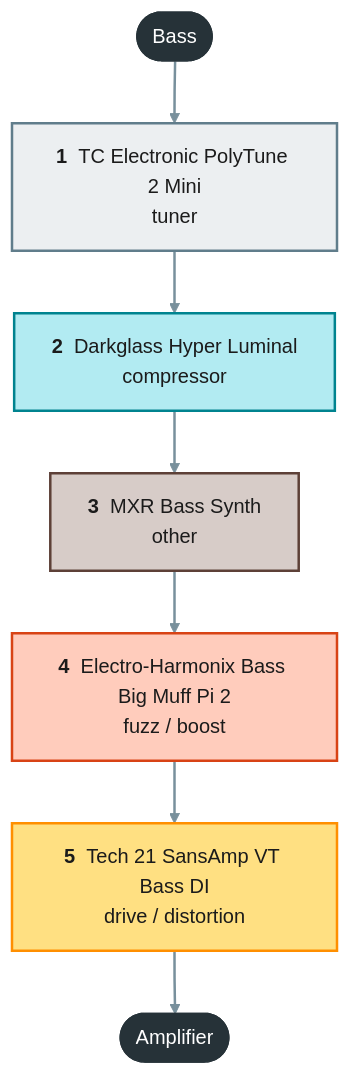
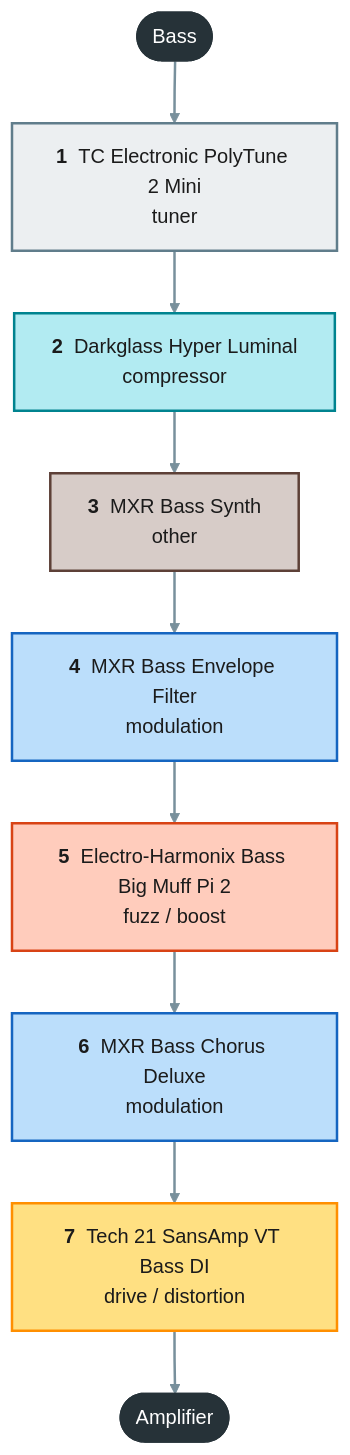
The diagram in projects/bass/signal-chain.mmd (pedroacvieira/pedalboard), drawn with Mermaid (forest theme) before and after one commit. The commit also changed 22 other files, not shown here.

Commit message:
Layouts of all three boards; bass on the XPND 1 + extension with the MXR Bass Envelope Filter and Bass Chorus Deluxe; practice with the Tube Screamer Mini; owner's jacks and footswitches

```diff
--- a/projects/bass/signal-chain.mmd
+++ b/projects/bass/signal-chain.mmd
@@ -1,16 +1,19 @@
 flowchart TB
     guitar(["Bass"]):::endpoint
     polytune_2_mini["<b>1</b> &nbsp;TC Electronic PolyTune 2 Mini<br/>tuner"]:::c_tuner
     darkglass_hyper_luminal["<b>2</b> &nbsp;Darkglass Hyper Luminal<br/>compressor"]:::c_compressor
     mxr_bass_synth["<b>3</b> &nbsp;MXR Bass Synth<br/>other"]:::c_other
-    ehx_bass_big_muff_2["<b>4</b> &nbsp;Electro-Harmonix Bass Big Muff Pi 2<br/>fuzz / boost"]:::c_fuzz___boost
-    tech21_vt_bass_di["<b>5</b> &nbsp;Tech 21 SansAmp VT Bass DI<br/>drive / distortion"]:::c_drive___distortion
+    mxr_bass_envelope_filter["<b>4</b> &nbsp;MXR Bass Envelope Filter<br/>modulation"]:::c_modulation
+    ehx_bass_big_muff_2["<b>5</b> &nbsp;Electro-Harmonix Bass Big Muff Pi 2<br/>fuzz / boost"]:::c_fuzz___boost
+    mxr_bass_chorus_deluxe["<b>6</b> &nbsp;MXR Bass Chorus Deluxe<br/>modulation"]:::c_modulation
+    tech21_vt_bass_di["<b>7</b> &nbsp;Tech 21 SansAmp VT Bass DI<br/>drive / distortion"]:::c_drive___distortion
     amp(["Amplifier"]):::endpoint
-    guitar --> polytune_2_mini --> darkglass_hyper_luminal --> mxr_bass_synth --> ehx_bass_big_muff_2 --> tech21_vt_bass_di --> amp
+    guitar --> polytune_2_mini --> darkglass_hyper_luminal --> mxr_bass_synth --> mxr_bass_envelope_filter --> ehx_bass_big_muff_2 --> mxr_bass_chorus_deluxe --> tech21_vt_bass_di --> amp
     classDef endpoint fill:#263238,stroke:#263238,color:#ffffff
     classDef c_tuner fill:#eceff1,stroke:#607d8b,stroke-width:2px,color:#1b1b1b
     classDef c_compressor fill:#b2ebf2,stroke:#00838f,stroke-width:2px,color:#1b1b1b
     classDef c_fuzz___boost fill:#ffccbc,stroke:#d84315,stroke-width:2px,color:#1b1b1b
     classDef c_drive___distortion fill:#ffe082,stroke:#ff8f00,stroke-width:2px,color:#1b1b1b
+    classDef c_modulation fill:#bbdefb,stroke:#1565c0,stroke-width:2px,color:#1b1b1b
     classDef c_other fill:#d7ccc8,stroke:#5d4037,stroke-width:2px,color:#1b1b1b
     linkStyle default stroke:#78909c,stroke-width:2px
```
